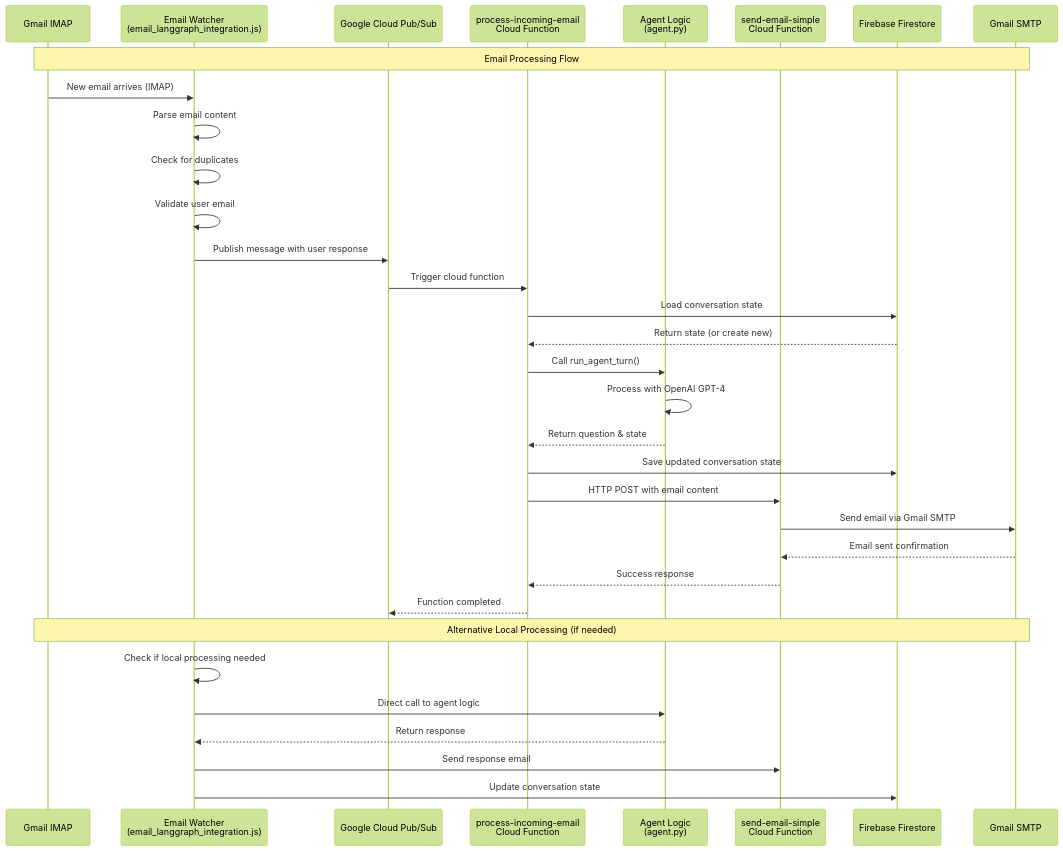
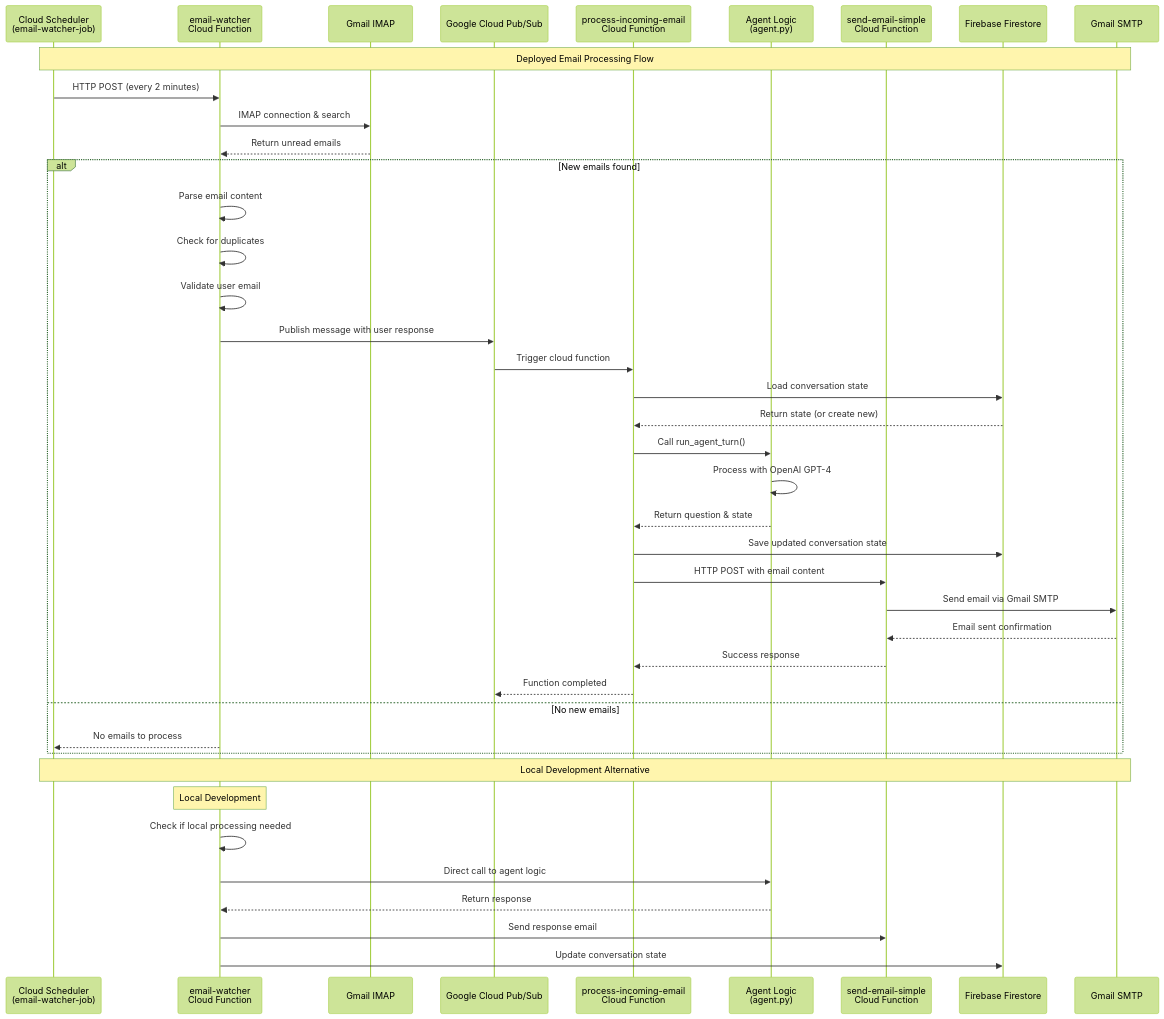
One commit to ricgene/lgraph-singleNode changed the diagram in email_processing_flow.mmd. Above: the diagram before and after it, drawn with Mermaid (forest theme). The commit also changed 8 other files, not shown here.

Commit message:
cleaned up readme, mermaid, and deployed to cloud

```diff
--- a/email_processing_flow.mmd
+++ b/email_processing_flow.mmd
@@ -1,46 +1,53 @@
 sequenceDiagram
+    participant Scheduler as Cloud Scheduler<br/>(email-watcher-job)
+    participant WatcherFunc as email-watcher<br/>Cloud Function
     participant Gmail as Gmail IMAP
-    participant Watcher as Email Watcher<br/>(email_langgraph_integration.js)
     participant PubSub as Google Cloud Pub/Sub
-    participant ProcessFn as process-incoming-email<br/>Cloud Function
+    participant ProcessFunc as process-incoming-email<br/>Cloud Function
     participant Agent as Agent Logic<br/>(agent.py)
-    participant EmailFn as send-email-simple<br/>Cloud Function
+    participant EmailFunc as send-email-simple<br/>Cloud Function
     participant Firebase as Firebase Firestore
     participant SMTP as Gmail SMTP
     
-    Note over Gmail,SMTP: Email Processing Flow
+    Note over Scheduler,SMTP: Deployed Email Processing Flow
     
-    %% Email arrives
-    Gmail->>Watcher: New email arrives (IMAP)
-    Watcher->>Watcher: Parse email content
-    Watcher->>Watcher: Check for duplicates
-    Watcher->>Watcher: Validate user email
+    %% Cloud Scheduler triggers email watcher
+    Scheduler->>WatcherFunc: HTTP POST (every 2 minutes)
+    WatcherFunc->>Gmail: IMAP connection & search
+    Gmail-->>WatcherFunc: Return unread emails
     
-    %% Publish to Pub/Sub
-    Watcher->>PubSub: Publish message with user response
-    PubSub->>ProcessFn: Trigger cloud function
+    alt New emails found
+        WatcherFunc->>WatcherFunc: Parse email content
+        WatcherFunc->>WatcherFunc: Check for duplicates
+        WatcherFunc->>WatcherFunc: Validate user email
+        WatcherFunc->>PubSub: Publish message with user response
+        PubSub->>ProcessFunc: Trigger cloud function
+        
+        %% Process in Cloud Function
+        ProcessFunc->>Firebase: Load conversation state
+        Firebase-->>ProcessFunc: Return state (or create new)
+        
+        ProcessFunc->>Agent: Call run_agent_turn()
+        Agent->>Agent: Process with OpenAI GPT-4
+        Agent-->>ProcessFunc: Return question & state
+        
+        %% Save state and send email
+        ProcessFunc->>Firebase: Save updated conversation state
+        ProcessFunc->>EmailFunc: HTTP POST with email content
+        EmailFunc->>SMTP: Send email via Gmail SMTP
+        SMTP-->>EmailFunc: Email sent confirmation
+        EmailFunc-->>ProcessFunc: Success response
+        ProcessFunc-->>PubSub: Function completed
+    else No new emails
+        WatcherFunc-->>Scheduler: No emails to process
+    end
     
-    %% Process in Cloud Function
-    ProcessFn->>Firebase: Load conversation state
-    Firebase-->>ProcessFn: Return state (or create new)
+    Note over Scheduler,SMTP: Local Development Alternative
     
-    ProcessFn->>Agent: Call run_agent_turn()
-    Agent->>Agent: Process with OpenAI GPT-4
-    Agent-->>ProcessFn: Return question & state
-    
-    %% Save state and send email
-    ProcessFn->>Firebase: Save updated conversation state
-    ProcessFn->>EmailFn: HTTP POST with email content
-    EmailFn->>SMTP: Send email via Gmail SMTP
-    SMTP-->>EmailFn: Email sent confirmation
-    EmailFn-->>ProcessFn: Success response
-    ProcessFn-->>PubSub: Function completed
-    
-    Note over Gmail,SMTP: Alternative Local Processing (if needed)
-    
-    %% Local processing path
-    Watcher->>Watcher: Check if local processing needed
-    Watcher->>Agent: Direct call to agent logic
-    Agent-->>Watcher: Return response
-    Watcher->>EmailFn: Send response email
-    Watcher->>Firebase: Update conversation state 
+    %% Local processing path (for development)
+    Note over WatcherFunc: Local Development
+    WatcherFunc->>WatcherFunc: Check if local processing needed
+    WatcherFunc->>Agent: Direct call to agent logic
+    Agent-->>WatcherFunc: Return response
+    WatcherFunc->>EmailFunc: Send response email
+    WatcherFunc->>Firebase: Update conversation state 
```
